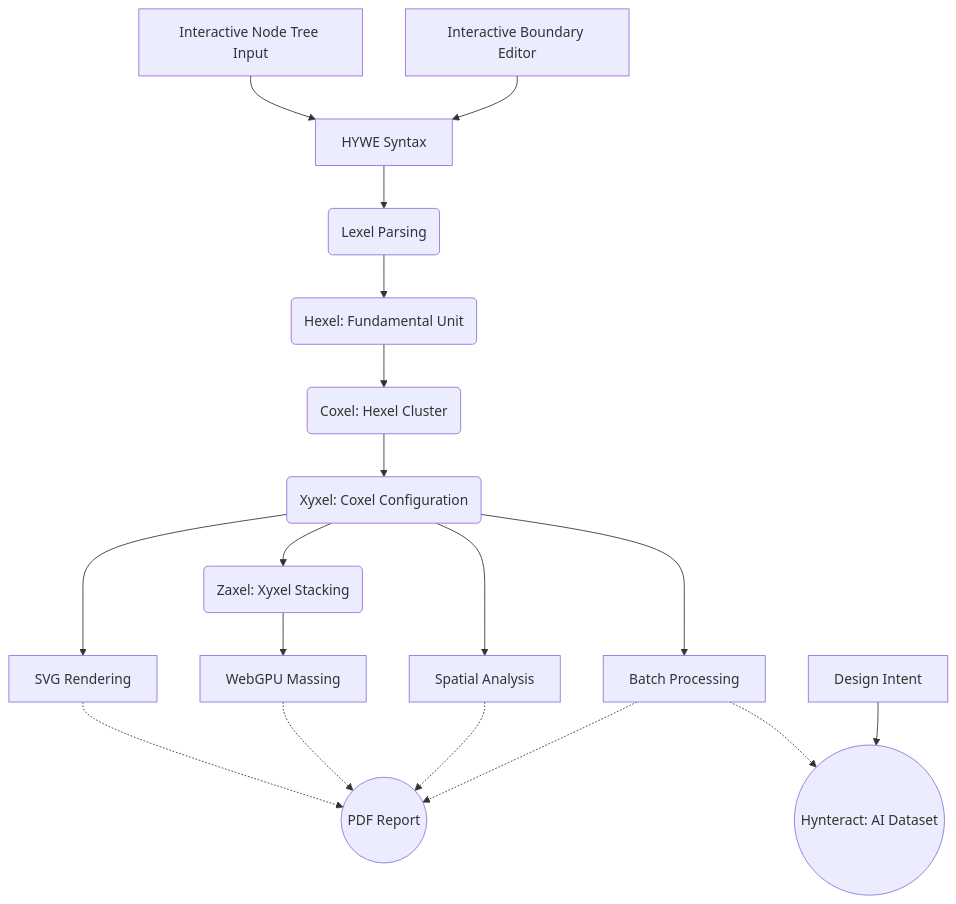
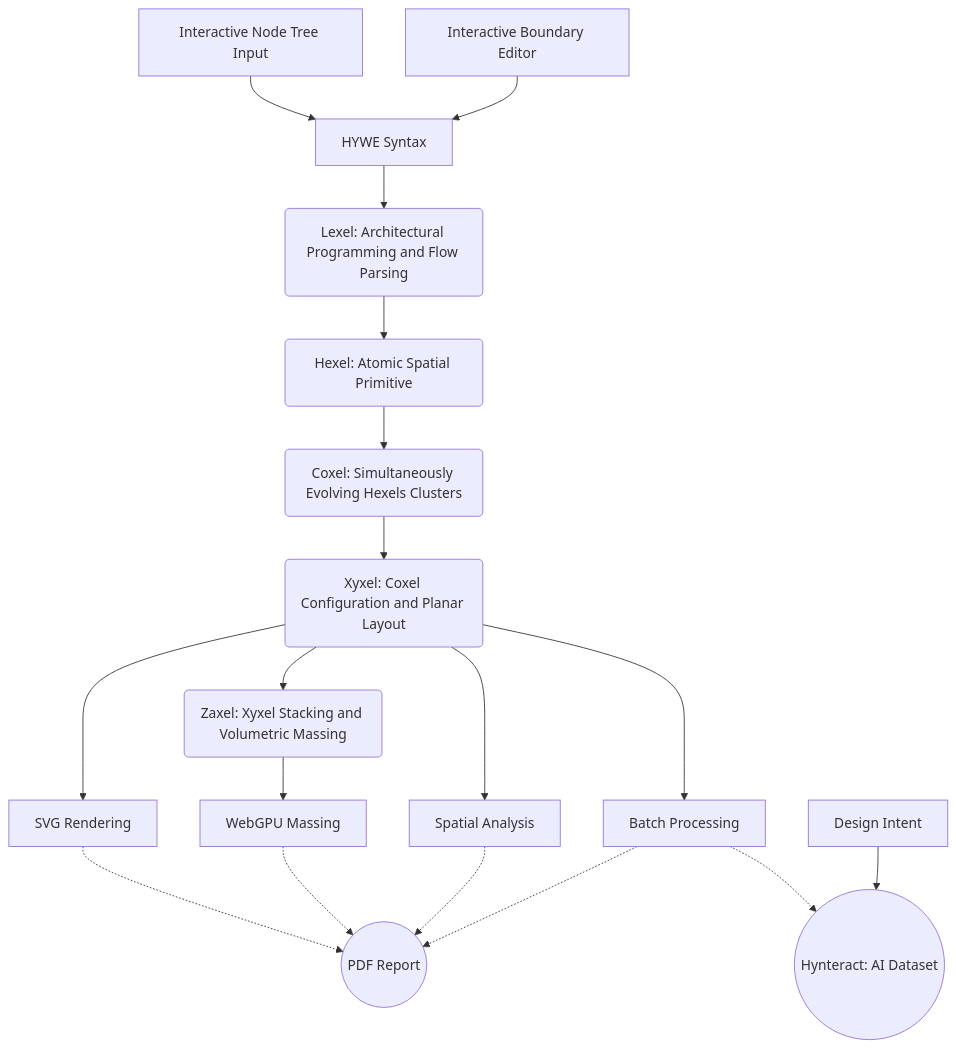
One commit to vykrum/Hywe changed the diagram in README.md. Above: the diagram before and after it, drawn with Mermaid.

Commit message:
Flowchart tuning

````diff
--- a/README.md
+++ b/README.md
@@ -80,24 +80,24 @@
 ```mermaid
 graph TD
     A1[Interactive Node Tree Input] --> B[HYWE Syntax]
     A2[Interactive Boundary Editor] --> B[HYWE Syntax]
-    B --> C(Lexel Parsing)
-    C --> D(Hexel: Fundamental Unit)
-    D --> E(Coxel: Hexel Cluster)
-    E --> F(Xyxel: Coxel Configuration)
-    F --> G(Zaxel: Xyxel Stacking)
+    B --> C(Lexel: Architectural Programming and Flow Parsing)
+    C --> D(Hexel: Atomic Spatial Primitive)
+    D --> E(Coxel: Simultaneously Evolving Hexels Clusters)
+    E --> F(Xyxel: Coxel Configuration and Planar Layout)
+    F --> G(Zaxel: Xyxel Stacking and Volumetric Massing)
     
     F --> F1[SVG Rendering]
     G --> G1[WebGPU Massing]
     
     F --> H[Spatial Analysis]
     F --> I[Batch Processing]
     
     F1 -.-> ReportLabel((PDF Report))
     G1 -.-> ReportLabel
     H -.-> ReportLabel
     I -.-> ReportLabel
     
     I -.-> DatasetLabel((Hynteract: AI Dataset))
     DesignIntent[Design Intent] --> DatasetLabel
 ```
````
